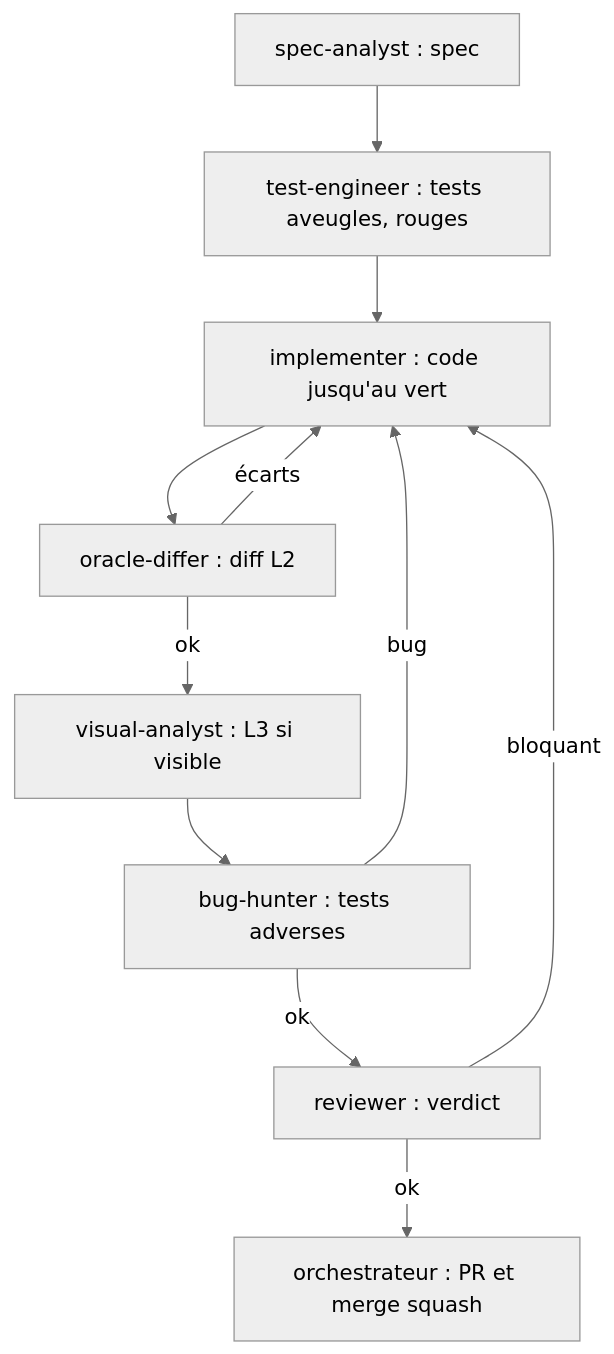
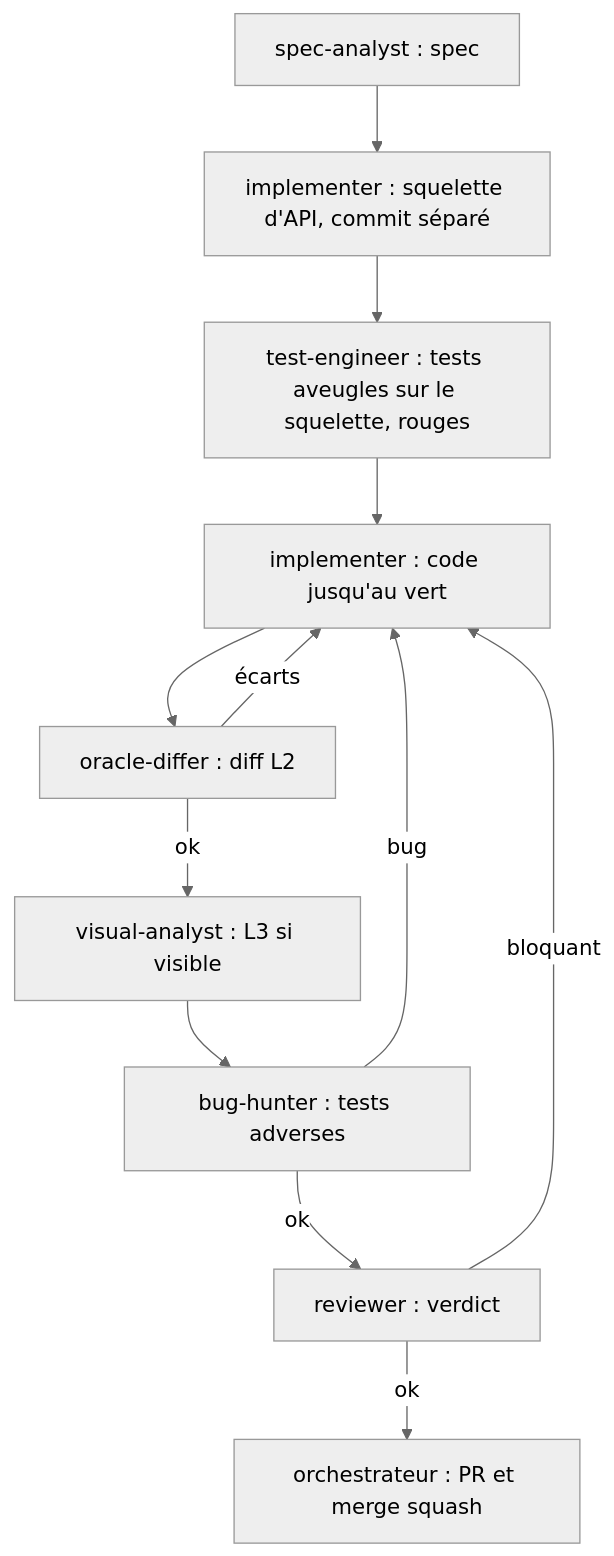
One commit to Shoko-official/Minecraft-Java changed the diagram in docs/AGENTS.md. Above: the diagram before and after it, drawn with Mermaid (neutral theme). The commit also changed other lines of this file and 28 other files, not shown here.

````diff
--- a/docs/AGENTS.md
+++ b/docs/AGENTS.md
@@ -48,13 +61,14 @@
 ```mermaid
 flowchart TD
-    S[spec-analyst : spec] --> T[test-engineer : tests aveugles, rouges]
+    S[spec-analyst : spec] --> K[implementer : squelette d'API, commit séparé]
+    K --> T[test-engineer : tests aveugles sur le squelette, rouges]
     T --> I[implementer : code jusqu'au vert]
     I --> O[oracle-differ : diff L2]
     O -->|écarts| I
     O -->|ok| V[visual-analyst : L3 si visible]
     V --> B[bug-hunter : tests adverses]
     B -->|bug| I
     B -->|ok| R[reviewer : verdict]
     R -->|bloquant| I
     R -->|ok| M[orchestrateur : PR et merge squash]
 ```
````
